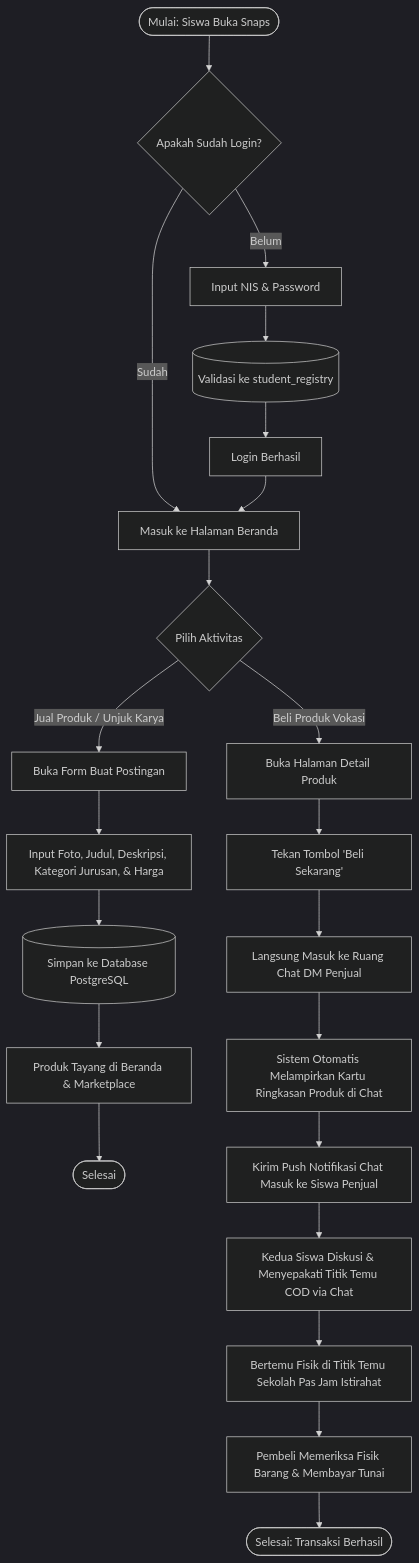
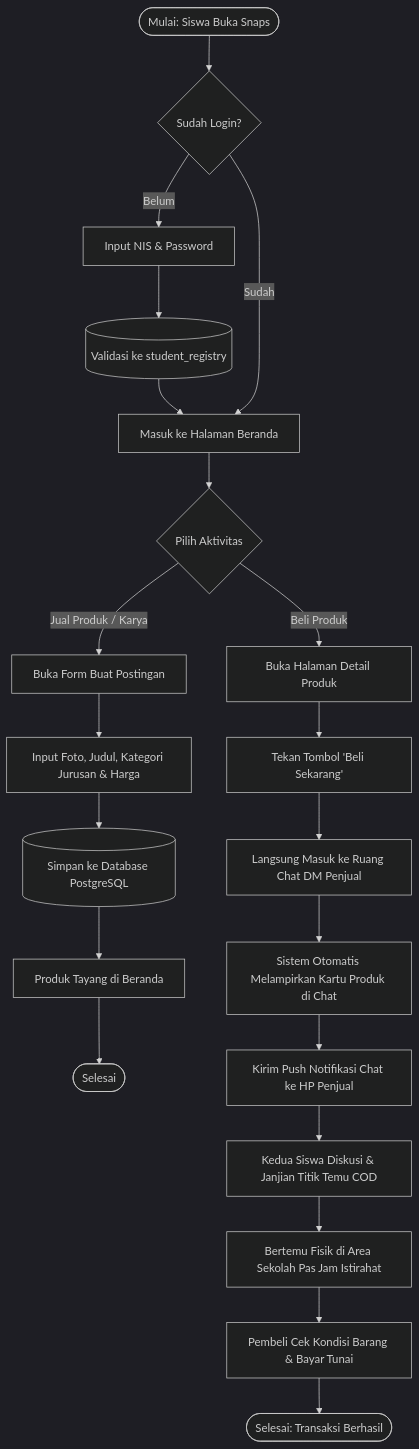
The second of 11 diagrams in docs/bab3/BAB_III_PERANCANGAN_ARSITEKTUR_SISTEM.md (HelloRayy/snaps), drawn with Mermaid (dark theme) before and after one commit. The commit also changed 3 other files, not shown here.

Commit message:
docs(bab3): clean up flowchart layout into symmetrical parallel branches

````diff
--- a/docs/bab3/BAB_III_PERANCANGAN_ARSITEKTUR_SISTEM.md
+++ b/docs/bab3/BAB_III_PERANCANGAN_ARSITEKTUR_SISTEM.md
@@ -47,31 +47,31 @@
 ```mermaid
 flowchart TD
-    Start([Mulai: Siswa Buka Snaps]) --> AuthCheck{Apakah Sudah Login?}
-    AuthCheck -- Belum --> LoginNIS[Input NIS & Password]
-    LoginNIS --> ValidateDB[(Validasi ke student_registry)]
-    ValidateDB --> LoginSuccess[Login Berhasil]
+    Start([Mulai: Siswa Buka Snaps]) --> CheckAuth{Sudah Login?}
     
-    AuthCheck -- Sudah --> FeedScreen[Masuk ke Halaman Beranda]
-    LoginSuccess --> FeedScreen
-    
-    FeedScreen --> ActionChoice{Pilih Aktivitas}
-    
-    %% Alur Penjual
-    ActionChoice -- Jual Produk / Unjuk Karya --> FormProduct[Buka Form Buat Postingan]
-    FormProduct --> FillData[Input Foto, Judul, Deskripsi, Kategori Jurusan, & Harga]
-    FillData --> SaveDB[(Simpan ke Database PostgreSQL)]
-    SaveDB --> PostPublished[Produk Tayang di Beranda & Marketplace] --> EndWait([Selesai])
-    
-    %% Alur Pembeli
-    ActionChoice -- Beli Produk Vokasi --> ViewDetail[Buka Halaman Detail Produk]
-    ViewDetail --> TapCheckout[Tekan Tombol 'Beli Sekarang']
-    
-    TapCheckout --> DirectToDM[Langsung Masuk ke Ruang Chat DM Penjual]
-    DirectToDM --> AttachCard[Sistem Otomatis Melampirkan Kartu Ringkasan Produk di Chat]
-    AttachCard --> SendPushNotif[Kirim Push Notifikasi Chat Masuk ke Siswa Penjual]
-    SendPushNotif --> ChatAgreement[Kedua Siswa Diskusi & Menyepakati Titik Temu COD via Chat]
-    
-    ChatAgreement --> MeetCOD[Bertemu Fisik di Titik Temu Sekolah Pas Jam Istirahat]
-    MeetCOD --> InspectItem[Pembeli Memeriksa Fisik Barang & Membayar Tunai]
-    InspectItem --> Finish([Selesai: Transaksi Berhasil])
+    %% Alur Login Sederhana
+    CheckAuth -- Belum --> FormLogin[Input NIS & Password]
+    FormLogin --> ValidasiLogin[(Validasi ke student_registry)]
+    ValidasiLogin --> Beranda[Masuk ke Halaman Beranda]
+    CheckAuth -- Sudah --> Beranda
+
+    %% Pilihan Menu Utama
+    Beranda --> PilihAksi{Pilih Aktivitas}
+
+    %% JALUR 1: JUAL KARYA (KIRI)
+    PilihAksi -- Jual Produk / Karya --> FormJual[Buka Form Buat Postingan]
+    FormJual --> InputJual[Input Foto, Judul, Kategori Jurusan & Harga]
+    InputJual --> SimpanPost[(Simpan ke Database PostgreSQL)]
+    SimpanPost --> TayangPost[Produk Tayang di Beranda]
+    TayangPost --> SelesaiJual([Selesai])
+
+    %% JALUR 2: BELI PRODUK (KANAN)
+    PilihAksi -- Beli Produk --> BukaDetail[Buka Halaman Detail Produk]
+    BukaDetail --> KlikBeli[Tekan Tombol 'Beli Sekarang']
+    KlikBeli --> MasukChat[Langsung Masuk ke Ruang Chat DM Penjual]
+    MasukChat --> TempelProduk[Sistem Otomatis Melampirkan Kartu Produk di Chat]
+    TempelProduk --> NotifPenjual[Kirim Push Notifikasi Chat ke HP Penjual]
+    NotifPenjual --> JanjianCOD[Kedua Siswa Diskusi & Janjian Titik Temu COD]
+    JanjianCOD --> KetemuCOD[Bertemu Fisik di Area Sekolah Pas Jam Istirahat]
+    KetemuCOD --> BayarTunai[Pembeli Cek Kondisi Barang & Bayar Tunai]
+    BayarTunai --> SelesaiBeli([Selesai: Transaksi Berhasil])
 ```
````
